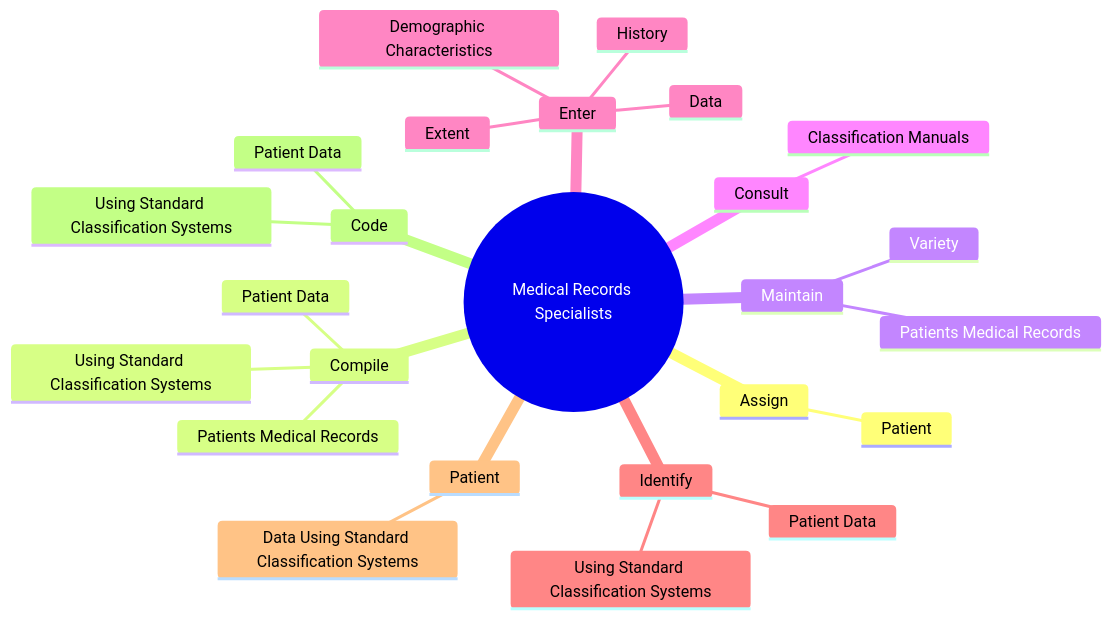
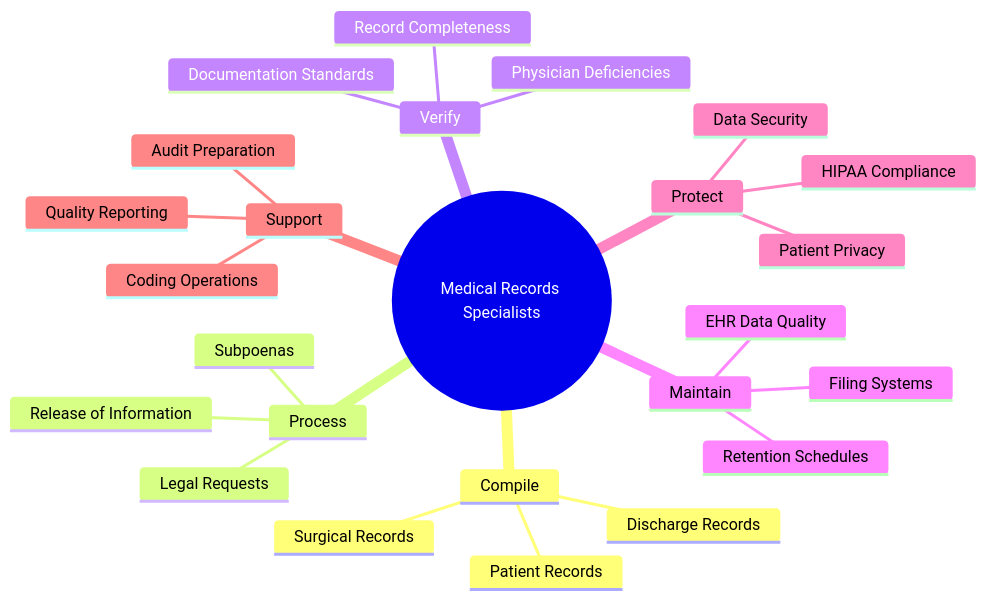
One commit to kziemski/business.org.ai changed the second of 4 diagrams in occupations/HealthcarePractitioners/MedicalRecordsSpecialists.mdx. Above: the diagram before and after it, drawn with Mermaid. The commit also changed other lines of this file and 938 other files, not shown here.

````diff
--- a/occupations/HealthcarePractitioners/MedicalRecordsSpecialists.mdx
+++ b/occupations/HealthcarePractitioners/MedicalRecordsSpecialists.mdx
@@ -37,28 +45,28 @@
 ```mermaid
 mindmap
     root(("Medical Records Specialists"))
-        Assign
-            Patient
         Compile
-            Patients Medical Records
-            Patient Data
-            Using Standard Classification Systems
+            Patient Records
+            Discharge Records
+            Surgical Records
+        Process
+            Release of Information
+            Legal Requests
+            Subpoenas
+        Verify
+            Record Completeness
+            Physician Deficiencies
+            Documentation Standards
         Maintain
-            Patients Medical Records
-            Variety
-        Consult
-            Classification Manuals
-        Enter
-            Data
-            Demographic Characteristics
-            History
-            Extent
-        Identify
-            Patient Data
-            Using Standard Classification Systems
-        Patient
-            Data Using Standard Classification Systems
-        Code
-            Patient Data
-            Using Standard Classification Systems
+            Filing Systems
+            EHR Data Quality
+            Retention Schedules
+        Protect
+            HIPAA Compliance
+            Patient Privacy
+            Data Security
+        Support
+            Coding Operations
+            Quality Reporting
+            Audit Preparation
 ```
````
